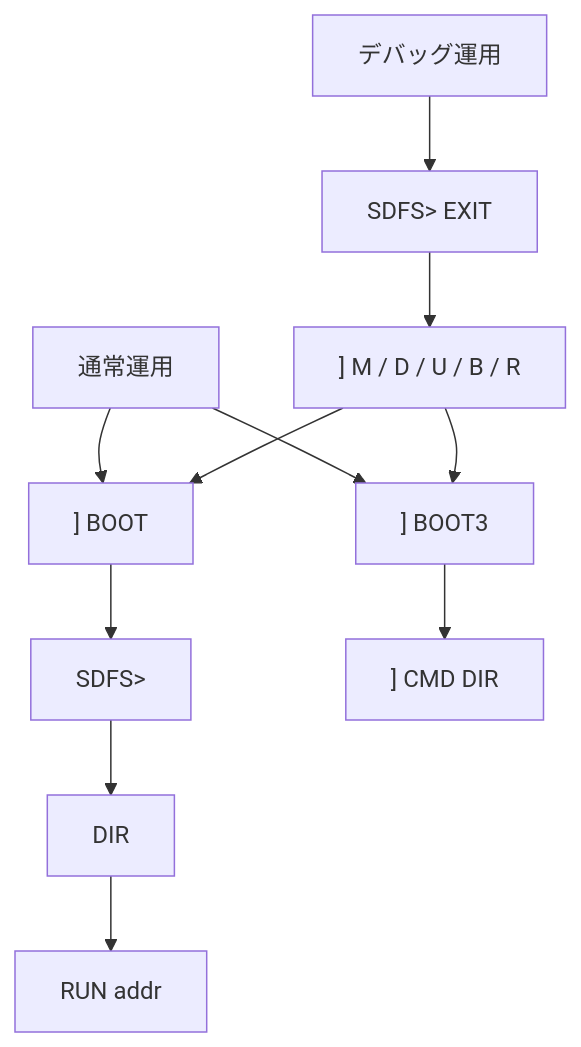
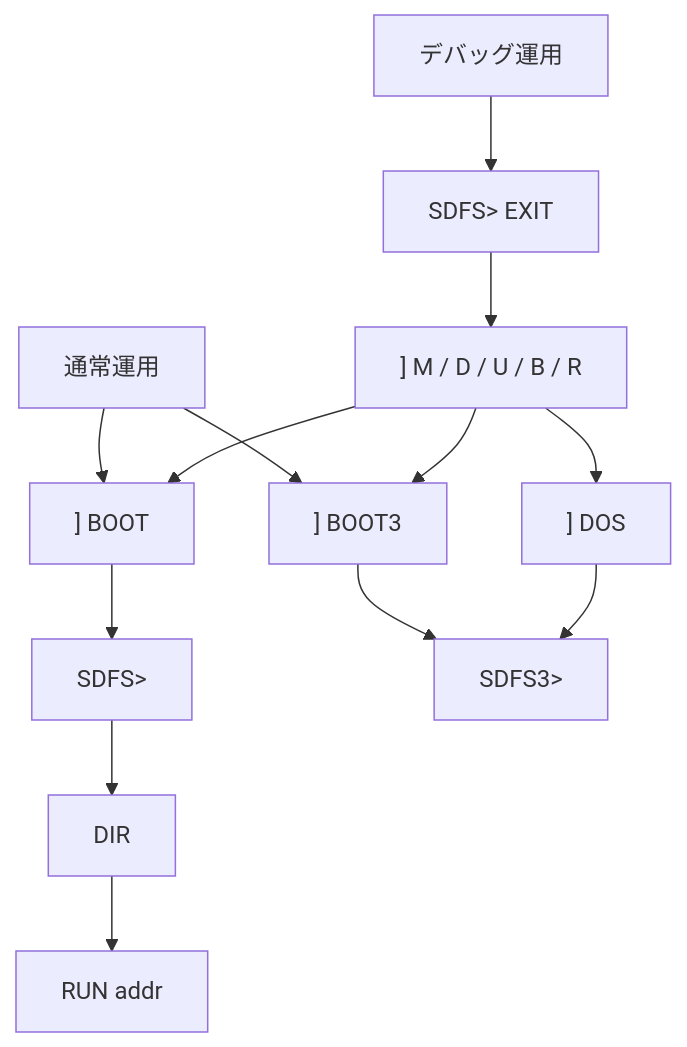
One commit to kuninet/mc6800-rom-monitor changed the diagram in docs/usage/sdfs68_system_sd.md. Above: the diagram before and after it, drawn with Mermaid. The commit also changed other lines of this file and 16 other files, not shown here.

````diff
--- a/docs/usage/sdfs68_system_sd.md
+++ b/docs/usage/sdfs68_system_sd.md
@@ -10,19 +10,21 @@
 ```mermaid
 flowchart TD
     NORMAL["通常運用"]
     BOOT["] BOOT"]
     BOOT3["] BOOT3"]
     SDFS["SDFS>"]
-    CMD["] CMD DIR"]
+    SDFS3["SDFS3>"]
+    DOS["] DOS"]
     DIR["DIR"]
     RUN["RUN addr"]
     DEBUG["デバッグ運用"]
     EXIT["SDFS> EXIT"]
     ROM["] M / D / U / B / R"]
 
     NORMAL --> BOOT --> SDFS --> DIR --> RUN
-    NORMAL --> BOOT3 --> CMD
+    NORMAL --> BOOT3 --> SDFS3
     DEBUG --> EXIT --> ROM
     ROM --> BOOT
     ROM --> BOOT3
+    ROM --> DOS --> SDFS3
 ```
````
